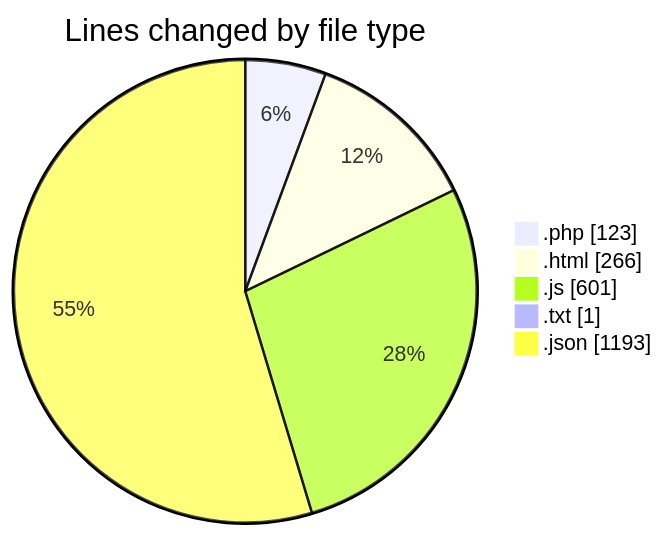
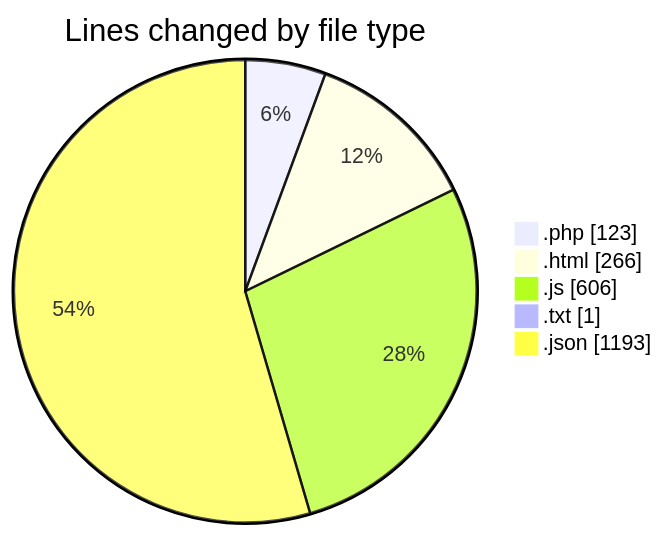
The first of 2 diagrams in 2025-08-10/getmailotp/README.md (lephambinh05/code-tracking), drawn with Mermaid before and after one commit. The commit also changed other lines of this file and 1 other file, not shown here.

````diff
--- a/2025-08-10/getmailotp/README.md
+++ b/2025-08-10/getmailotp/README.md
@@ -26,9 +26,9 @@
 ```mermaid
 pie showData
 title Lines changed by file type
 ".php" : 123
 ".html" : 266
-".js" : 601
+".js" : 606
 ".txt" : 1
 ".json" : 1193
 ```
````
